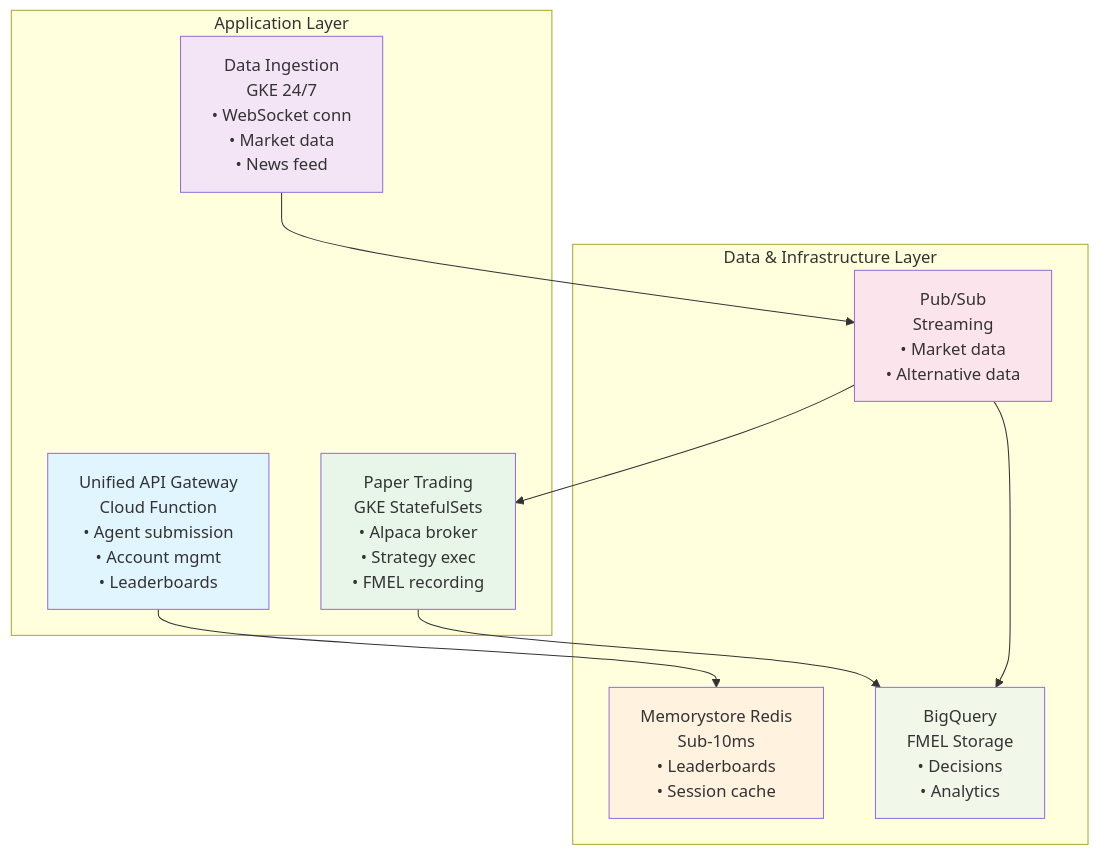
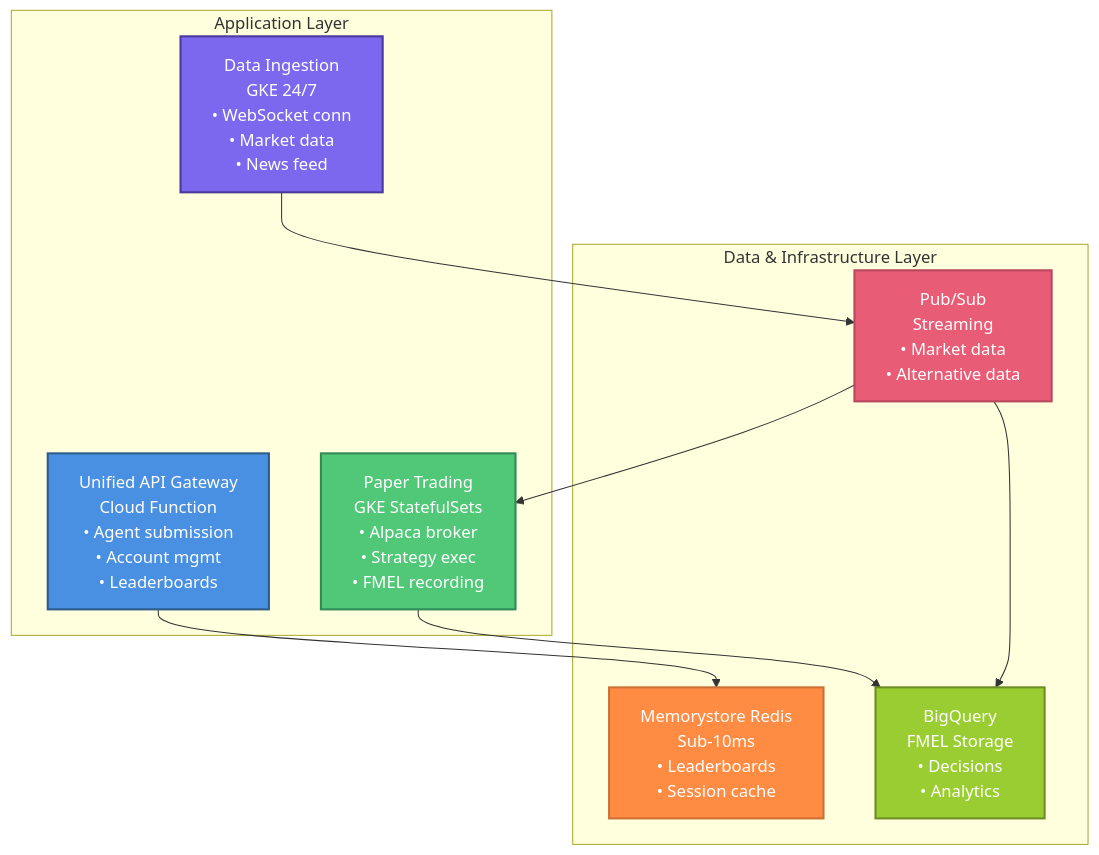
One commit to Spooky-Labs/The-Farm-Mark-II changed the diagram in README.md. Above: the diagram before and after it, drawn with Mermaid. The commit also changed other lines of this file, not shown here.

Commit message:
Added some updates

````diff
--- a/README.md
+++ b/README.md
@@ -24,27 +23,27 @@
 ```mermaid
 graph TB
     subgraph "Application Layer"
         A[Unified API Gateway<br/>Cloud Function<br/>• Agent submission<br/>• Account mgmt<br/>• Leaderboards]
         B[Data Ingestion<br/>GKE 24/7<br/>• WebSocket conn<br/>• Market data<br/>• News feed]
         C[Paper Trading<br/>GKE StatefulSets<br/>• Alpaca broker<br/>• Strategy exec<br/>• FMEL recording]
     end
 
     subgraph "Data & Infrastructure Layer"
         D[Memorystore Redis<br/>Sub-10ms<br/>• Leaderboards<br/>• Session cache]
         E[Pub/Sub<br/>Streaming<br/>• Market data<br/>• Alternative data]
         F[BigQuery<br/>FMEL Storage<br/>• Decisions<br/>• Analytics]
     end
 
     B --> E
     E --> C
     A --> D
     E --> F
     C --> F
 
-    style A fill:#e1f5fe
-    style B fill:#f3e5f5
-    style C fill:#e8f5e9
-    style D fill:#fff3e0
-    style E fill:#fce4ec
-    style F fill:#f1f8e9
+    style A fill:#4A90E2,stroke:#2E5C8A,stroke-width:2px,color:#fff
+    style B fill:#7B68EE,stroke:#4B3A9E,stroke-width:2px,color:#fff
+    style C fill:#50C878,stroke:#2E8B57,stroke-width:2px,color:#fff
+    style D fill:#FF8C42,stroke:#CC6F33,stroke-width:2px,color:#fff
+    style E fill:#E85D75,stroke:#B8475E,stroke-width:2px,color:#fff
+    style F fill:#9ACD32,stroke:#6B8E23,stroke-width:2px,color:#fff
 ```
````
